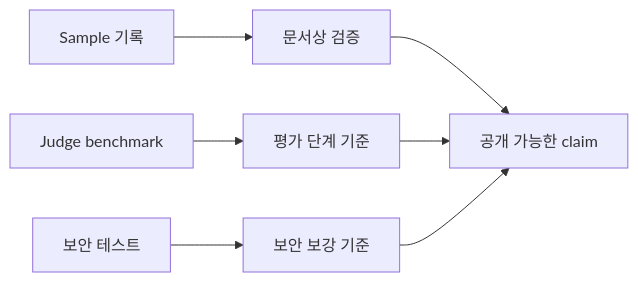
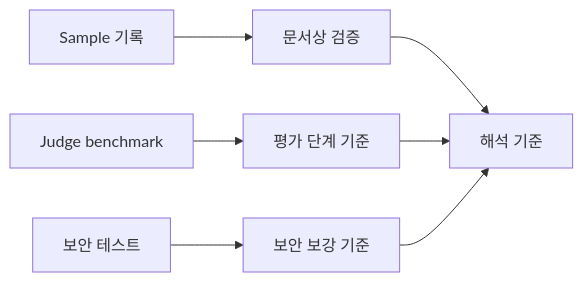
Before and after one commit to figure-2/figure-2.github.io: the second of 2 diagrams in _posts/2026-02-10-project-sesac-note-10-validation-retrospective.md, drawn with Mermaid. The commit also changed other lines of this file and 28 other files, not shown here.

````diff
--- a/_posts/2026-02-10-project-sesac-note-10-validation-retrospective.md
+++ b/_posts/2026-02-10-project-sesac-note-10-validation-retrospective.md
@@ -131,9 +74,9 @@
 ```mermaid
 flowchart LR
     A[Sample 기록] --> D[문서상 검증]
     B[Judge benchmark] --> E[평가 단계 기준]
     C[보안 테스트] --> F[보안 보강 기준]
-    D --> G[공개 가능한 claim]
+    D --> G[해석 기준]
     E --> G
     F --> G
 ```
````
